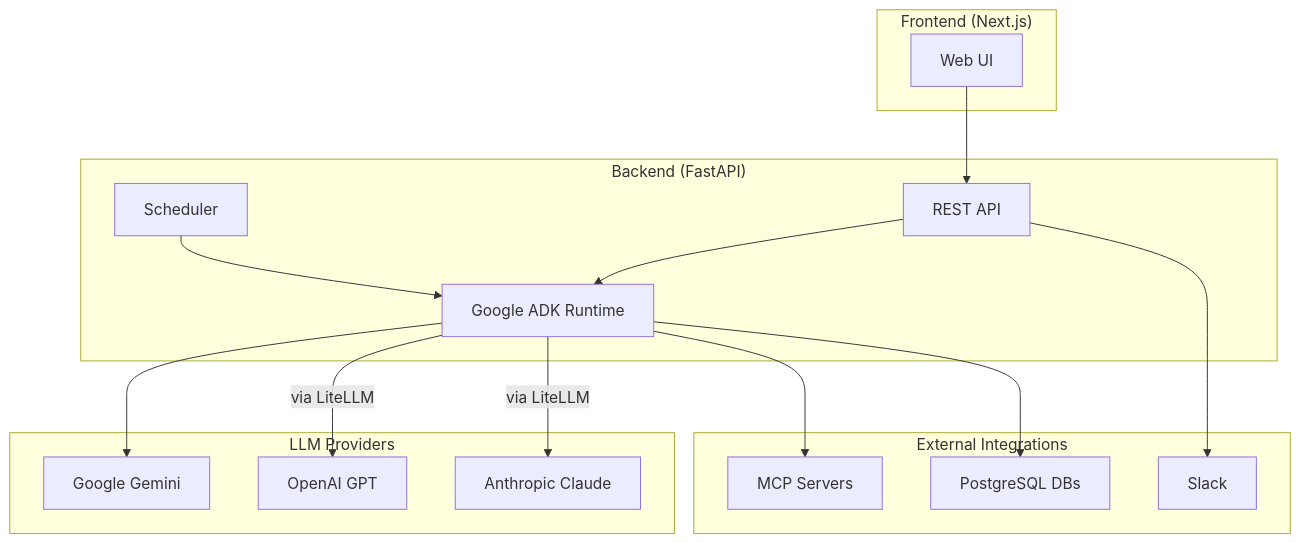
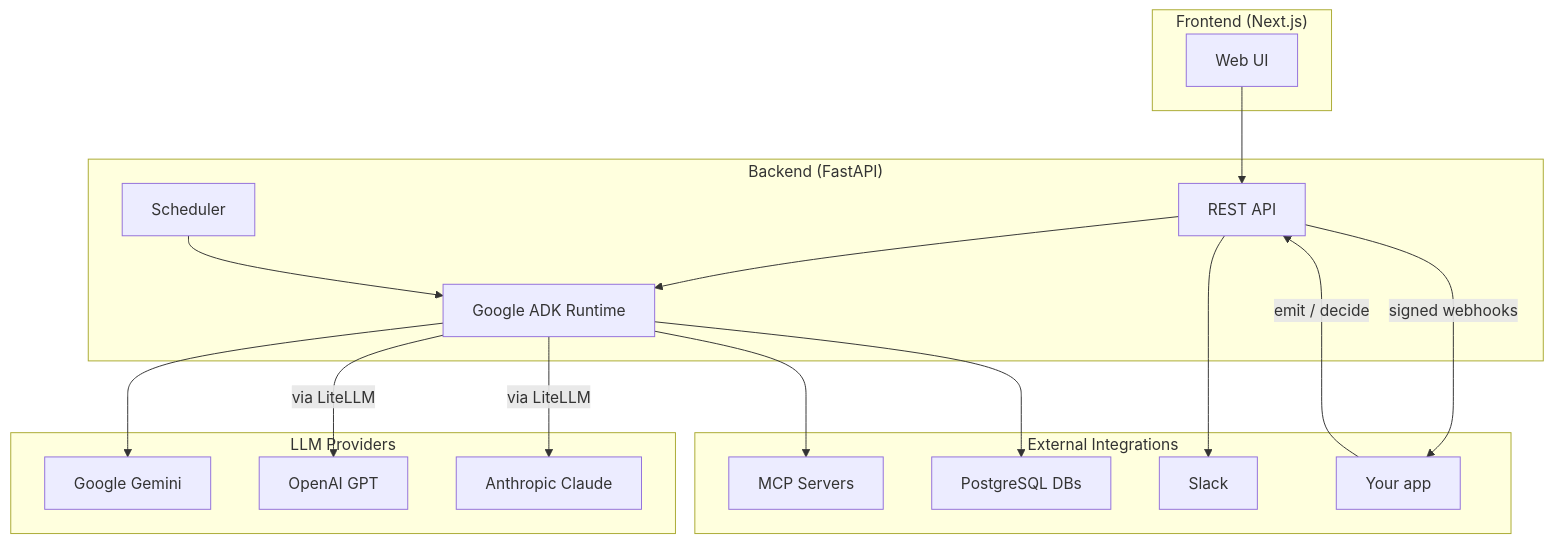
One commit to hiwcode/kriy changed the diagram in docs/README.md. Above: the diagram before and after it, drawn with Mermaid. The commit also changed other lines of this file and 8 other files, not shown here.

````diff
--- a/docs/README.md
+++ b/docs/README.md
@@ -75,30 +79,33 @@
 ```mermaid
 flowchart TB
     subgraph Frontend["Frontend (Next.js)"]
         UI["Web UI"]
     end
     subgraph Backend["Backend (FastAPI)"]
         API["REST API"]
         ADK["Google ADK Runtime"]
         Sched["Scheduler"]
     end
     subgraph Providers["LLM Providers"]
         Gemini["Google Gemini"]
         GPT["OpenAI GPT"]
         Claude["Anthropic Claude"]
     end
     subgraph External["External Integrations"]
         MCP["MCP Servers"]
         DB["PostgreSQL DBs"]
         Slack["Slack"]
+        YourApp["Your app"]
     end
     UI --> API
+    YourApp -->|"emit / decide"| API
+    API -->|"signed webhooks"| YourApp
     API --> ADK
     ADK --> Gemini
     ADK -->|"via LiteLLM"| GPT
     ADK -->|"via LiteLLM"| Claude
     ADK --> MCP
     ADK --> DB
     Sched --> ADK
     API --> Slack
 ```
````
